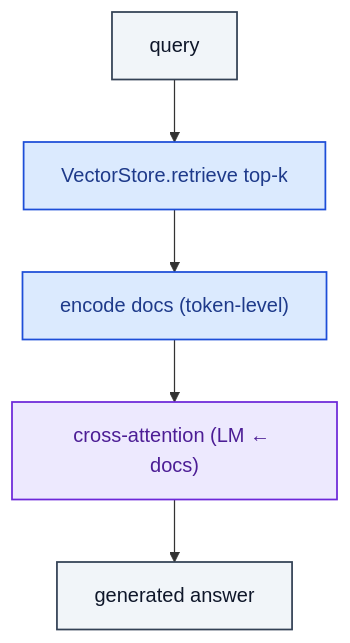
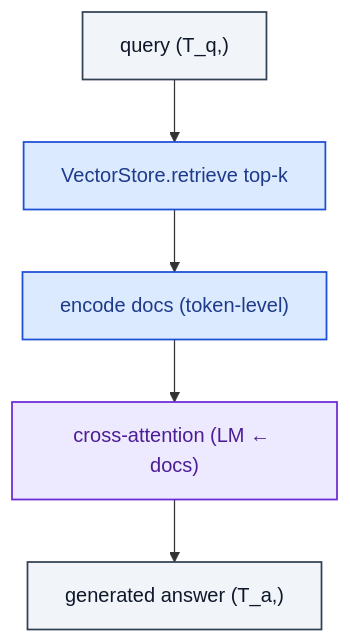
Before and after one commit to RealityShifts/Srivastava-book-of-Blocks-diagrams: the diagram in memory_retrieval/RAGModule.md, drawn with Mermaid. The commit also changed 123 other files, not shown here.

````diff
--- a/memory_retrieval/RAGModule.md
+++ b/memory_retrieval/RAGModule.md
@@ -7,21 +7,22 @@
 ```mermaid
 flowchart TD
-    n0_0["query"]:::io
+    n0_0["query  (T_q,)"]:::io
     n1_0["VectorStore.retrieve  top-k"]:::op
     n2_0["encode docs (token-level)"]:::op
     n3_0["cross-attention (LM ← docs)"]:::attn
-    n4_0["generated answer"]:::io
+    n4_0["generated answer  (T_a,)"]:::io
     n0_0 --> n1_0
     n1_0 --> n2_0
     n2_0 --> n3_0
     n3_0 --> n4_0
     classDef io fill:#f1f5f9,stroke:#334155,stroke-width:1.4px,color:#0f172a
     classDef op fill:#dbeafe,stroke:#1d4ed8,stroke-width:1.4px,color:#1e3a8a
     classDef norm fill:#dcfce7,stroke:#15803d,stroke-width:1.4px,color:#14532d
     classDef act fill:#ffedd5,stroke:#c2410c,stroke-width:1.4px,color:#7c2d12
     classDef attn fill:#ede9fe,stroke:#6d28d9,stroke-width:1.4px,color:#4c1d95
     classDef merge fill:#fef3c7,stroke:#b45309,stroke-width:1.4px,color:#78350f
     classDef emb fill:#fef9c3,stroke:#a16207,stroke-width:1.4px,color:#713f12
     classDef loss fill:#fee2e2,stroke:#b91c1c,stroke-width:1.4px,color:#7f1d1d
     classDef ctrl fill:#f5f5f4,stroke:#52525b,stroke-width:1.4px,color:#27272a
+    classDef ref fill:#e0f2fe,stroke:#0369a1,stroke-width:2px,color:#0c4a6e,stroke-dasharray: 4 2
 ```
````
